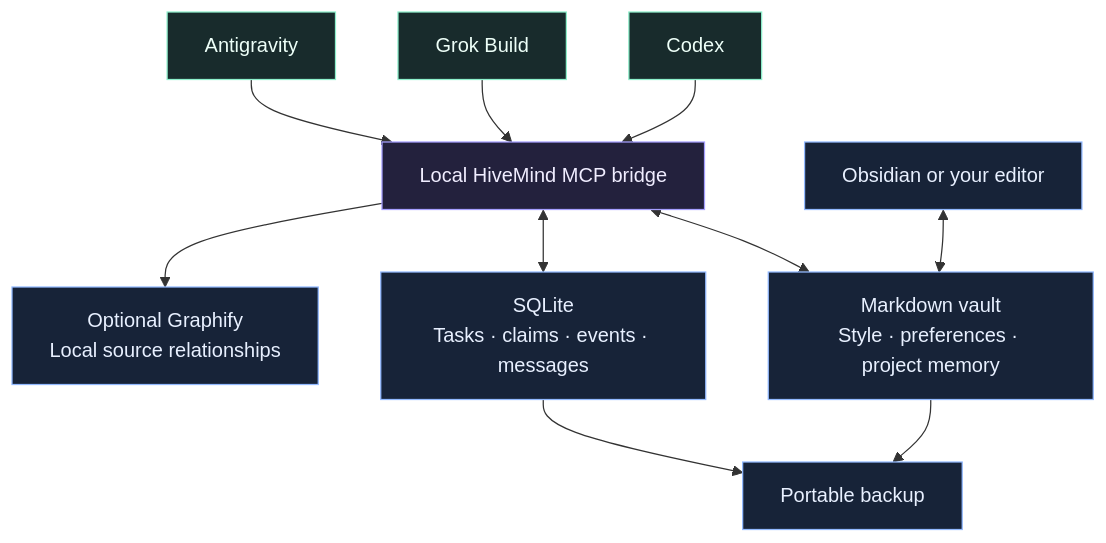
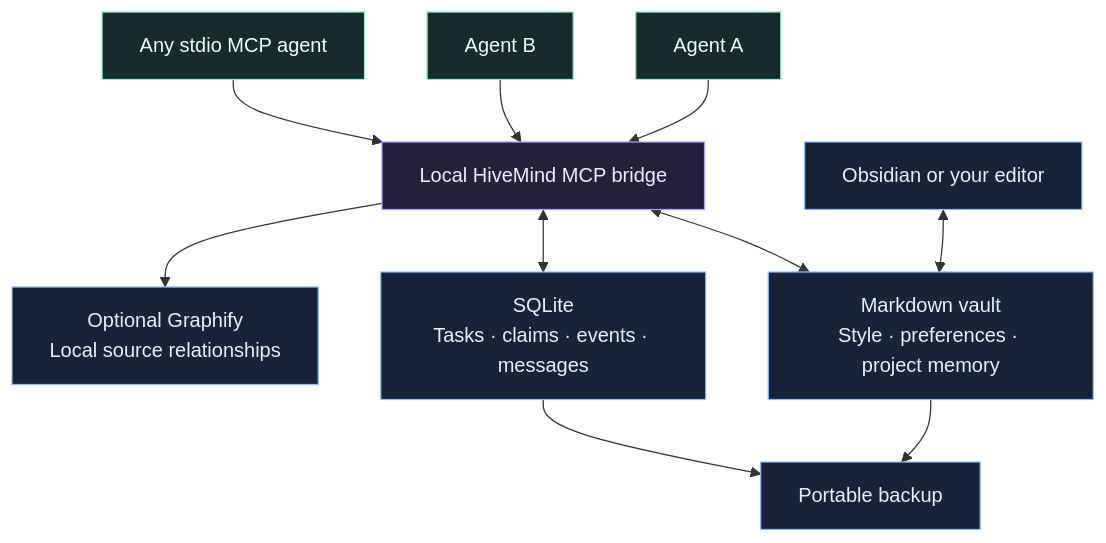
Before and after one commit to raj45681/HiveMind: the diagram in README.md, drawn with Mermaid. The commit also changed other lines of this file and 4 other files, not shown here.

````diff
--- a/README.md
+++ b/README.md
@@ -237,19 +245,19 @@
 ```mermaid
 flowchart TB
-    C[Codex] --> M
-    G[Grok Build] --> M
-    A[Antigravity] --> M
+    A1[Agent A] --> M
+    A2[Agent B] --> M
+    A3[Any stdio MCP agent] --> M
     M[Local HiveMind MCP bridge]
     M <--> V["Markdown vault<br/>Style · preferences · project memory"]
     M <--> D["SQLite<br/>Tasks · claims · events · messages"]
     M --> Q["Optional Graphify<br/>Local source relationships"]
     O[Obsidian or your editor] <--> V
     V --> B[Portable backup]
     D --> B
     classDef agent fill:#182b2c,stroke:#8ef0cc,color:#edfff8
     classDef core fill:#23213d,stroke:#a59fff,color:#f0edff
     classDef data fill:#172338,stroke:#92b9ff,color:#e8f0ff
-    class C,G,A agent
+    class A1,A2,A3 agent
     class M core
     class V,D,O,B,Q data
 ```
````
